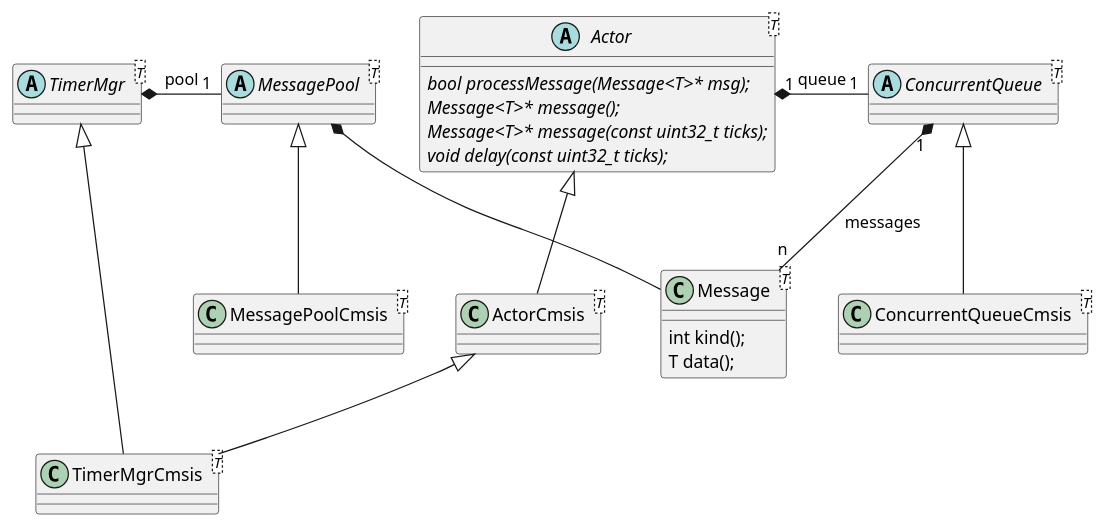
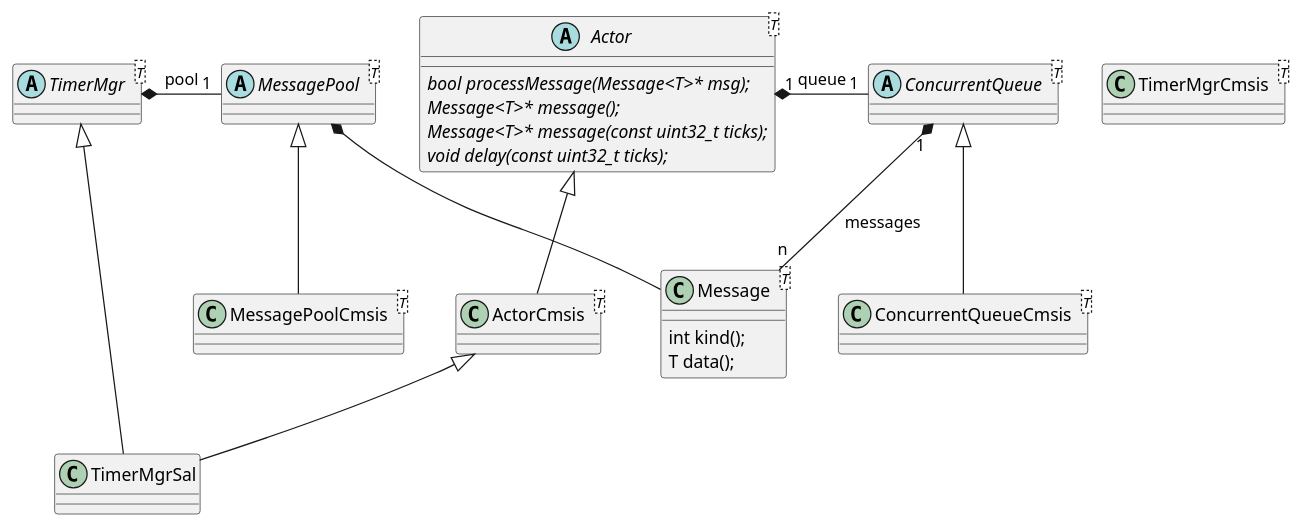
The diagram in src/site/website/content/blog/2024/blog-2024-06-03.adoc (tangly-team/tangly-os), drawn with PlantUML before and after one commit. The commit also changed other lines of this file and 16 other files, not shown here.

```diff
--- a/src/site/website/content/blog/2024/blog-2024-06-03.adoc
+++ b/src/site/website/content/blog/2024/blog-2024-06-03.adoc
@@ -32,46 +32,46 @@
 [plantuml,actors,svg]
 ....
 @startuml
 class Message<T> {
   int kind();
   T data();
 }
 
 abstract class ConcurrentQueue<T>
 
 abstract class Actor<T> {
     {abstract} bool processMessage(Message<T>* msg);
     {abstract} Message<T>* message();
     {abstract} Message<T>* message(const uint32_t ticks);
     {abstract} void delay(const uint32_t ticks);
 }
 
 abstract class MessagePool<T> {}
 
 abstract class TimerMgr<T> {
 }
 
 MessagePool *-- Message
 Actor "1"*-"1" ConcurrentQueue : queue
 ConcurrentQueue "1"*--"n" Message : messages
 TimerMgr *-"1" MessagePool : pool
 
 class ConcurrentQueueCmsis<T> {}
 
 class MessagePoolCmsis<T> {}
 
 class ActorCmsis<T> {}
 
 class TimerMgrCmsis<T> {}
 
 ConcurrentQueue <|-- ConcurrentQueueCmsis
 
 Actor <|-- ActorCmsis
 
 MessagePool <|-- MessagePoolCmsis
 
-TimerMgr <|-- TimerMgrCmsis
-ActorCmsis <|-- TimerMgrCmsis
+TimerMgr <|-- TimerMgrSal
+ActorCmsis <|-- TimerMgrSal
 
 @enduml
 ....
```
